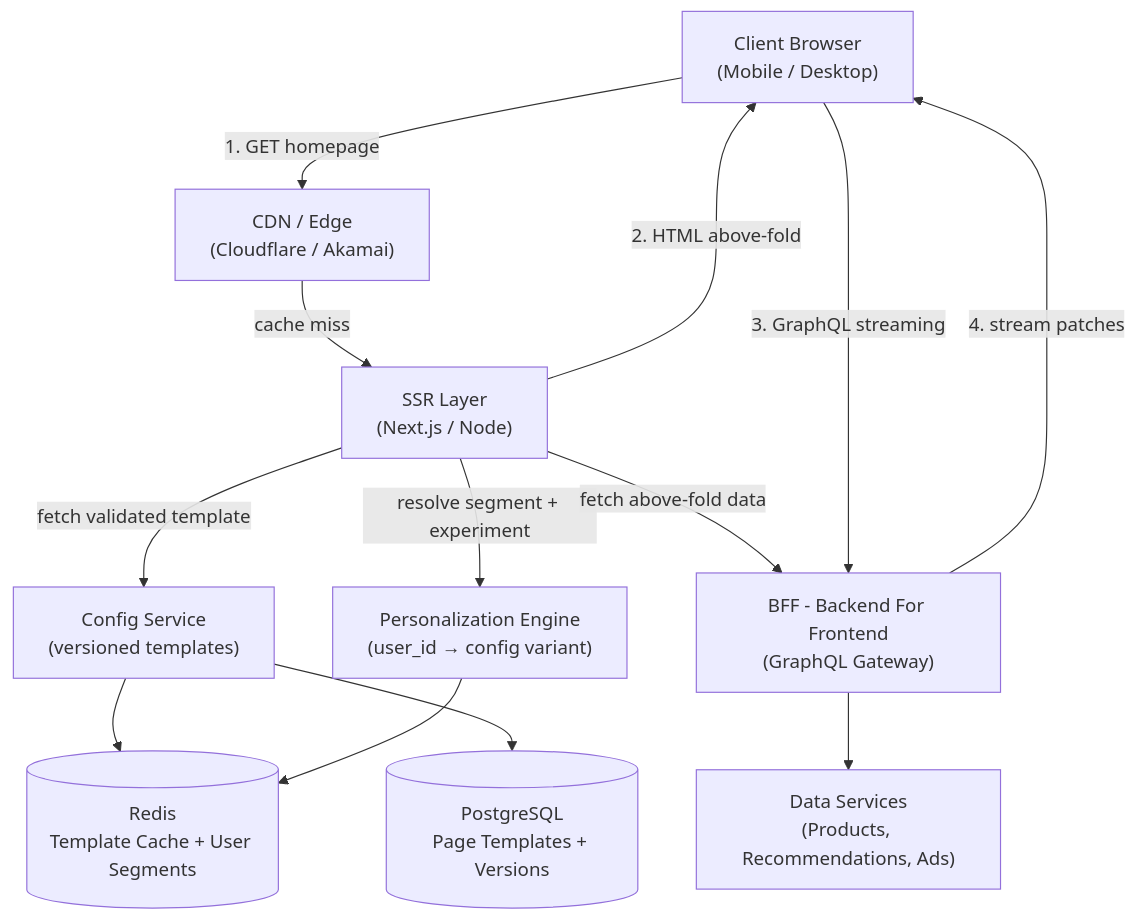
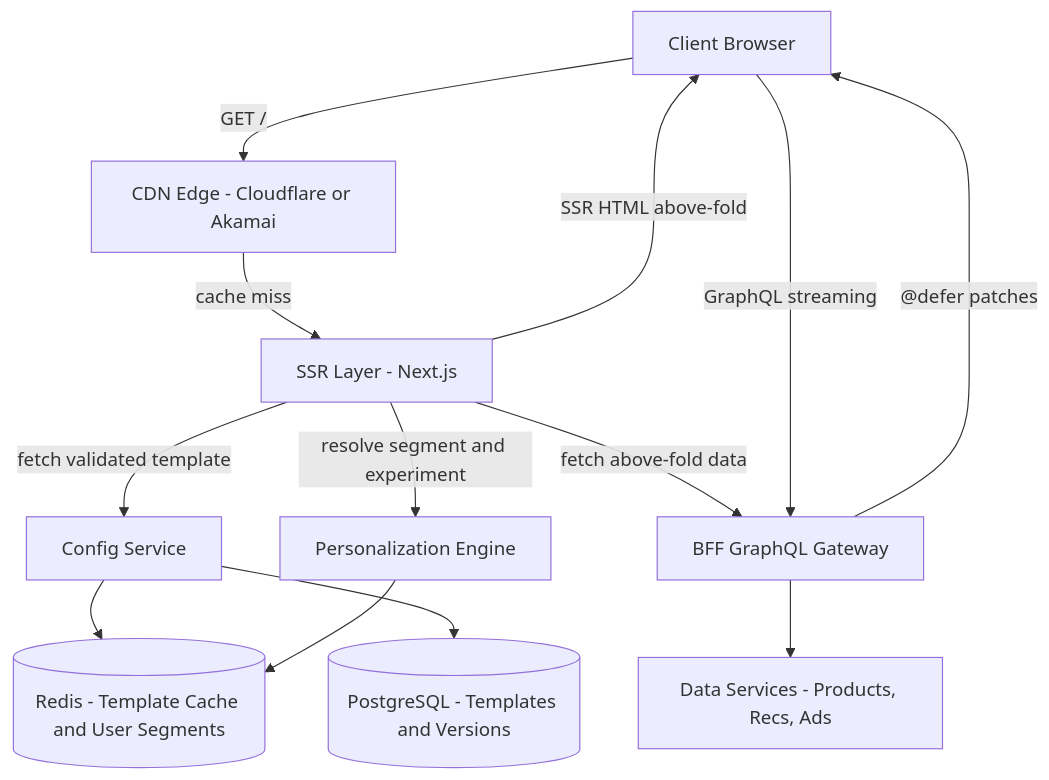
Before and after one commit to shyamalm88/MechineCoding: the second of 6 diagrams in system-design/latest & updated/config-driven-shopping-cart-homepage.md, drawn with Mermaid. The commit also changed other lines of this file and 9 other files, not shown here.

````diff
--- a/system-design/latest & updated/config-driven-shopping-cart-homepage.md
+++ b/system-design/latest & updated/config-driven-shopping-cart-homepage.md
@@ -199,25 +164,25 @@
 ```mermaid
 graph TD
-    Client["Client Browser\n(Mobile / Desktop)"]
-    CDN["CDN / Edge\n(Cloudflare / Akamai)"]
-    SSR["SSR Layer\n(Next.js / Node)"]
-    BFF["BFF - Backend For Frontend\n(GraphQL Gateway)"]
-    ConfigSvc["Config Service\n(versioned templates)"]
-    PersonalizationSvc["Personalization Engine\n(user_id → config variant)"]
-    DataSvcs["Data Services\n(Products, Recommendations, Ads)"]
-    ConfigDB[("PostgreSQL\nPage Templates + Versions")]
-    Redis[("Redis\nTemplate Cache + User Segments")]
+    Client["Client Browser"]
+    CDN["CDN Edge - Cloudflare or Akamai"]
+    SSR["SSR Layer - Next.js"]
+    BFF["BFF GraphQL Gateway"]
+    ConfigSvc["Config Service"]
+    PersonSvc["Personalization Engine"]
+    DataSvcs["Data Services - Products, Recs, Ads"]
+    ConfigDB[("PostgreSQL - Templates and Versions")]
+    Redis[("Redis - Template Cache and User Segments")]
 
-    Client -->|1. GET homepage| CDN
+    Client -->|"GET /"| CDN
     CDN -->|cache miss| SSR
-    SSR -->|resolve segment + experiment| PersonalizationSvc
+    SSR -->|resolve segment and experiment| PersonSvc
     SSR -->|fetch validated template| ConfigSvc
     SSR -->|fetch above-fold data| BFF
     BFF --> DataSvcs
     ConfigSvc --> Redis
     ConfigSvc --> ConfigDB
-    PersonalizationSvc --> Redis
-    SSR -->|2. HTML above-fold| Client
-    Client -->|3. GraphQL streaming| BFF
-    BFF -->|4. stream patches| Client
+    PersonSvc --> Redis
+    SSR -->|SSR HTML above-fold| Client
+    Client -->|GraphQL streaming| BFF
+    BFF -->|"@defer patches"| Client
 ```
````
